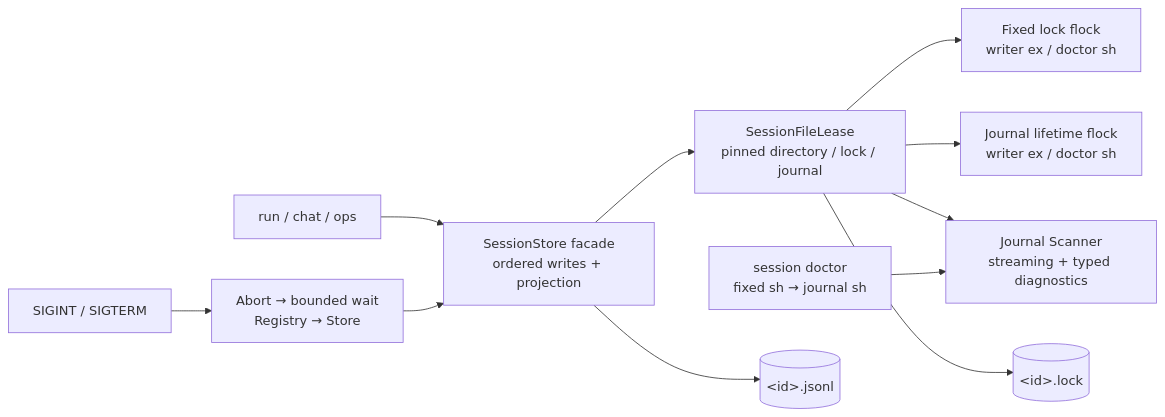
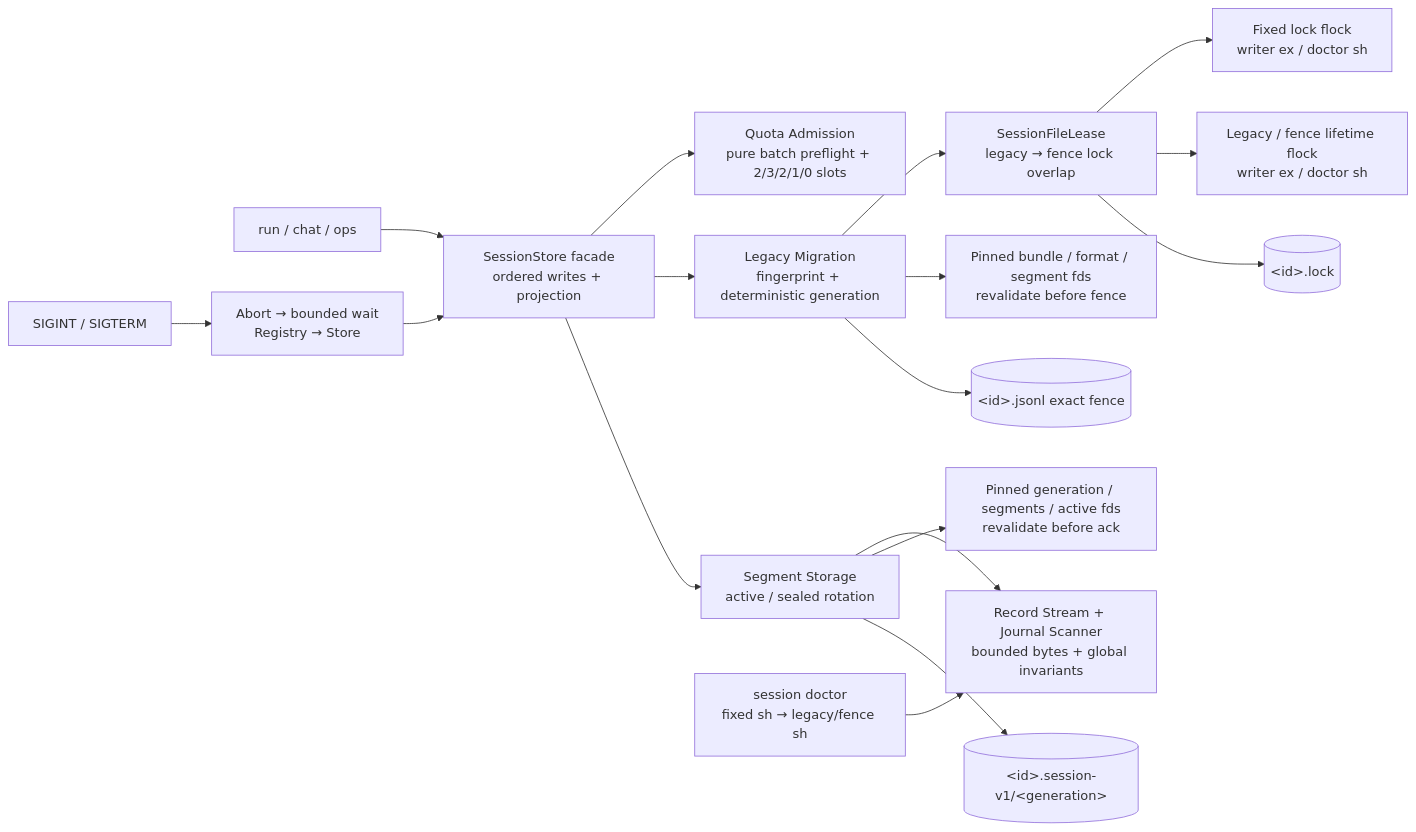
One commit to caosiwei97/super-agent changed the diagram in docs/operations/session-storage.md. Above: the diagram before and after it, drawn with Mermaid. The commit also changed other lines of this file and 4 other files, not shown here.

````diff
--- a/docs/operations/session-storage.md
+++ b/docs/operations/session-storage.md
@@ -8,13 +9,19 @@
 ```mermaid
 flowchart LR
     CLI["run / chat / ops"] --> Store["SessionStore facade<br/>ordered writes + projection"]
-    Store --> Lease["SessionFileLease<br/>pinned directory / lock / journal"]
+    Store --> Admission["Quota Admission<br/>pure batch preflight + 2/3/2/1/0 slots"]
+    Store --> Migration["Legacy Migration<br/>fingerprint + deterministic generation"]
+    Store --> Segments["Segment Storage<br/>active / sealed rotation"]
+    Migration --> Lease["SessionFileLease<br/>legacy → fence lock overlap"]
     Lease --> FixedLock["Fixed lock flock<br/>writer ex / doctor sh"]
-    Lease --> JournalLock["Journal lifetime flock<br/>writer ex / doctor sh"]
-    Lease --> Scanner["Journal Scanner<br/>streaming + typed diagnostics"]
-    Doctor["session doctor<br/>fixed sh → journal sh"] --> Scanner
+    Lease --> JournalLock["Legacy / fence lifetime flock<br/>writer ex / doctor sh"]
+    Segments --> Scanner["Record Stream + Journal Scanner<br/>bounded bytes + global invariants"]
+    Segments --> SegmentPins["Pinned generation / segments / active fds<br/>revalidate before ack"]
+    Migration --> BundlePins["Pinned bundle / format / segment fds<br/>revalidate before fence"]
+    Doctor["session doctor<br/>fixed sh → legacy/fence sh"] --> Scanner
     Signal["SIGINT / SIGTERM"] --> Shutdown["Abort → bounded wait<br/>Registry → Store"]
     Shutdown --> Store
-    Store --> Journal[("&lt;id&gt;.jsonl")]
+    Migration --> Fence[("&lt;id&gt;.jsonl exact fence")]
+    Segments --> Bundle[("&lt;id&gt;.session-v1/&lt;generation&gt;")]
     Lease --> Lock[("&lt;id&gt;.lock")]
 ```
````
